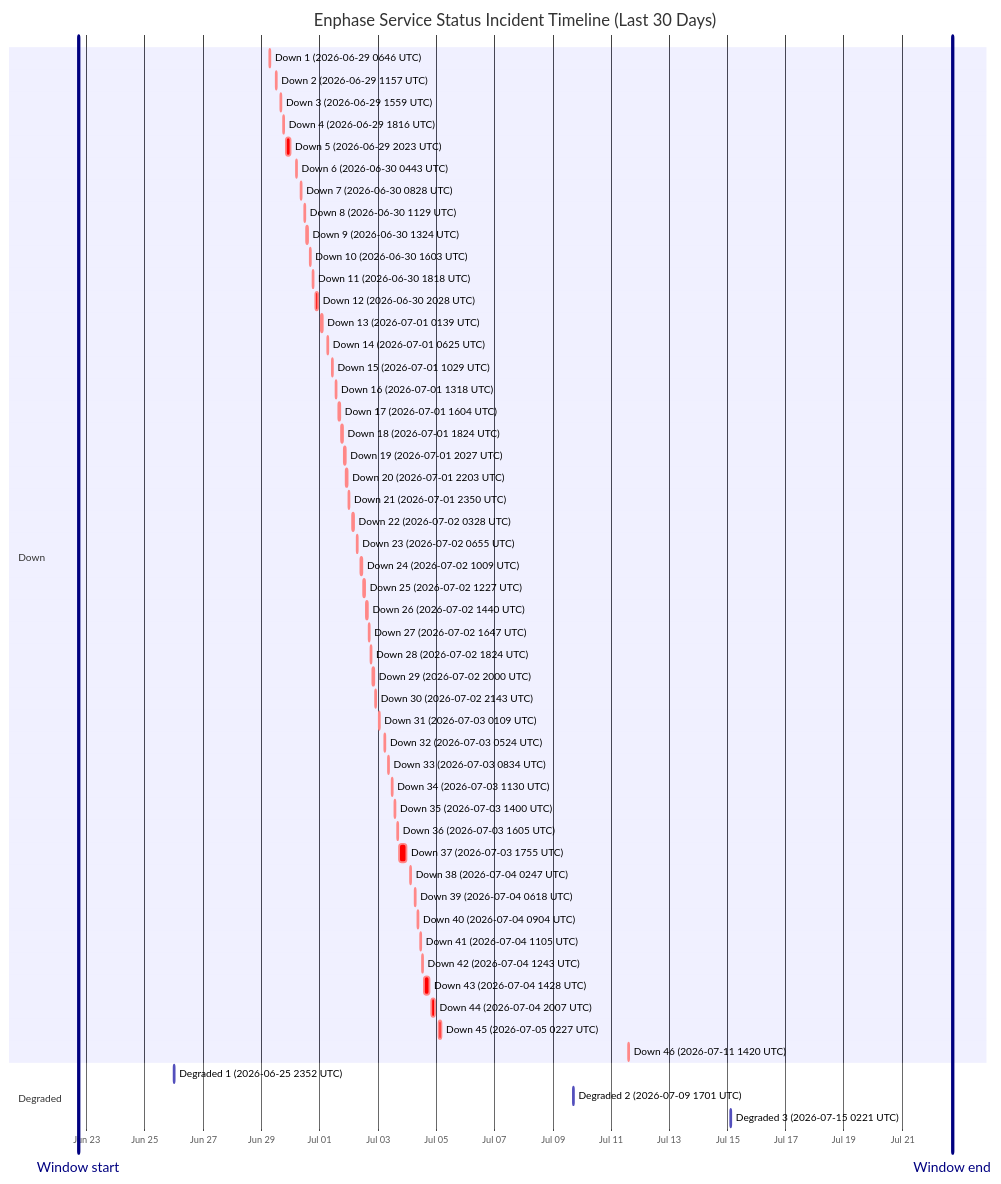
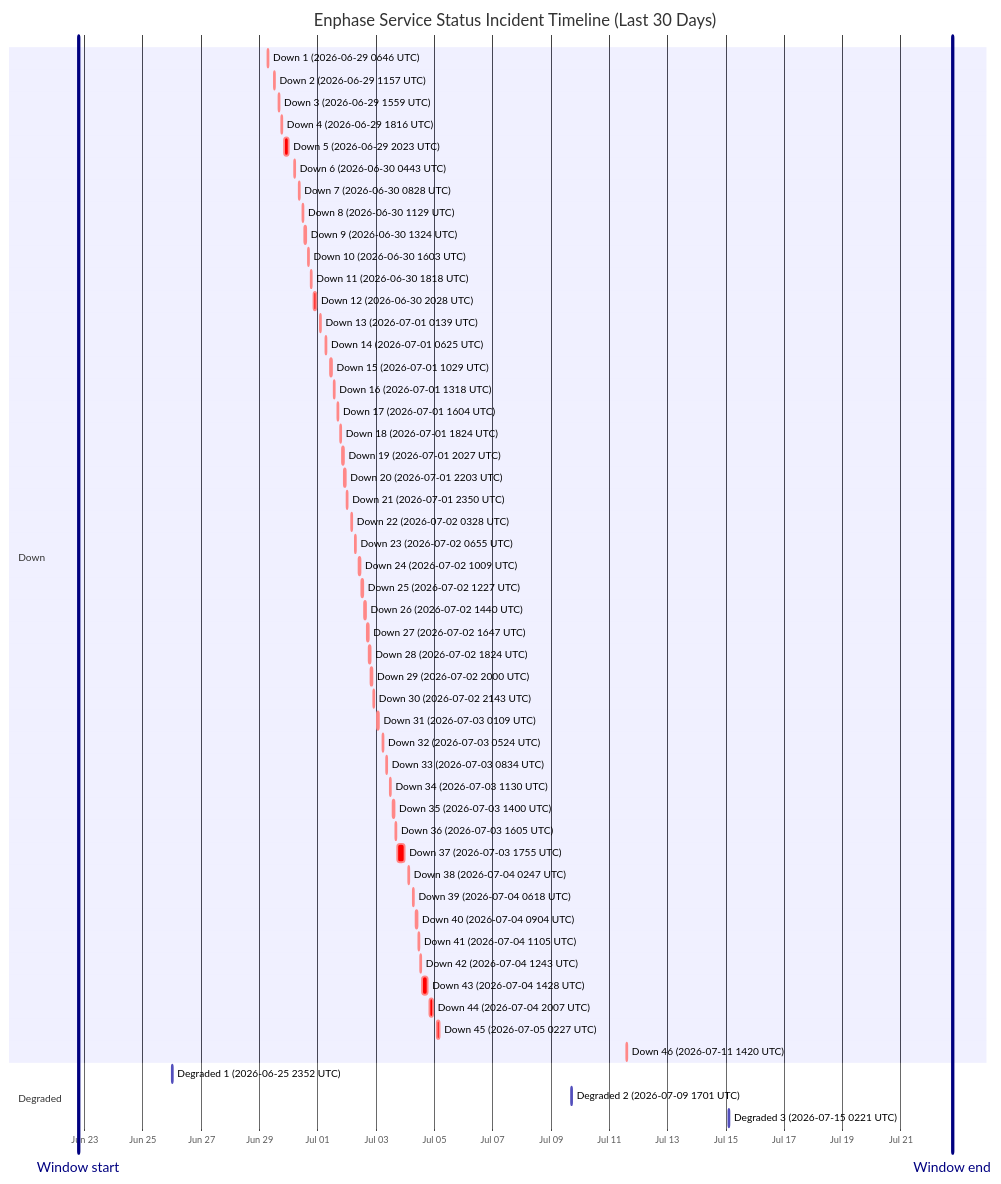
The diagram in wiki/Service-Status-History.md (barneyonline/ha-enphase-energy), drawn with Mermaid before and after one commit. The commit also changed other lines of this file and 3 other files, not shown here.

````diff
--- a/wiki/Service-Status-History.md
+++ b/wiki/Service-Status-History.md
@@ -14,59 +14,59 @@
 ```mermaid
 gantt
     title Enphase Service Status Incident Timeline (Last 30 Days)
     dateFormat  YYYY-MM-DDTHH:mm:ss
     axisFormat  %b %d
-    Window start :vert, window-start, 2026-06-22T17:16:50, 0ms
-    Window end :vert, window-end, 2026-07-22T17:16:50, 0ms
+    Window start :vert, window-start, 2026-06-22T18:40:27, 0ms
+    Window end :vert, window-end, 2026-07-22T18:40:27, 0ms
     section Down
     Down 1 (2026-06-29 0646 UTC) :crit, down-1, 2026-06-29T06:46:18, 60m
     Down 2 (2026-06-29 1157 UTC) :crit, down-2, 2026-06-29T11:57:36, 60m
     Down 3 (2026-06-29 1559 UTC) :crit, down-3, 2026-06-29T15:59:02, 60m
     Down 4 (2026-06-29 1816 UTC) :crit, down-4, 2026-06-29T18:16:38, 60m
     Down 5 (2026-06-29 2023 UTC) :crit, down-5, 2026-06-29T20:23:16, 220m
     Down 6 (2026-06-30 0443 UTC) :crit, down-6, 2026-06-30T04:43:54, 60m
     Down 7 (2026-06-30 0828 UTC) :crit, down-7, 2026-06-30T08:28:43, 60m
     Down 8 (2026-06-30 1129 UTC) :crit, down-8, 2026-06-30T11:29:15, 60m
     Down 9 (2026-06-30 1324 UTC) :crit, down-9, 2026-06-30T13:24:25, 60m
     Down 10 (2026-06-30 1603 UTC) :crit, down-10, 2026-06-30T16:03:26, 60m
     Down 11 (2026-06-30 1818 UTC) :crit, down-11, 2026-06-30T18:18:39, 60m
     Down 12 (2026-06-30 2028 UTC) :crit, down-12, 2026-06-30T20:28:54, 171m
     Down 13 (2026-07-01 0139 UTC) :crit, down-13, 2026-07-01T01:39:18, 60m
     Down 14 (2026-07-01 0625 UTC) :crit, down-14, 2026-07-01T06:25:35, 60m
     Down 15 (2026-07-01 1029 UTC) :crit, down-15, 2026-07-01T10:29:24, 60m
     Down 16 (2026-07-01 1318 UTC) :crit, down-16, 2026-07-01T13:18:31, 60m
     Down 17 (2026-07-01 1604 UTC) :crit, down-17, 2026-07-01T16:04:29, 60m
     Down 18 (2026-07-01 1824 UTC) :crit, down-18, 2026-07-01T18:24:21, 60m
     Down 19 (2026-07-01 2027 UTC) :crit, down-19, 2026-07-01T20:27:17, 60m
     Down 20 (2026-07-01 2203 UTC) :crit, down-20, 2026-07-01T22:03:46, 60m
     Down 21 (2026-07-01 2350 UTC) :crit, down-21, 2026-07-01T23:50:52, 60m
     Down 22 (2026-07-02 0328 UTC) :crit, down-22, 2026-07-02T03:28:33, 60m
     Down 23 (2026-07-02 0655 UTC) :crit, down-23, 2026-07-02T06:55:07, 60m
     Down 24 (2026-07-02 1009 UTC) :crit, down-24, 2026-07-02T10:09:15, 60m
     Down 25 (2026-07-02 1227 UTC) :crit, down-25, 2026-07-02T12:27:49, 60m
     Down 26 (2026-07-02 1440 UTC) :crit, down-26, 2026-07-02T14:40:53, 60m
     Down 27 (2026-07-02 1647 UTC) :crit, down-27, 2026-07-02T16:47:47, 60m
     Down 28 (2026-07-02 1824 UTC) :crit, down-28, 2026-07-02T18:24:26, 60m
     Down 29 (2026-07-02 2000 UTC) :crit, down-29, 2026-07-02T20:00:57, 60m
     Down 30 (2026-07-02 2143 UTC) :crit, down-30, 2026-07-02T21:43:52, 80m
     Down 31 (2026-07-03 0109 UTC) :crit, down-31, 2026-07-03T01:09:19, 60m
     Down 32 (2026-07-03 0524 UTC) :crit, down-32, 2026-07-03T05:24:23, 60m
     Down 33 (2026-07-03 0834 UTC) :crit, down-33, 2026-07-03T08:34:05, 60m
     Down 34 (2026-07-03 1130 UTC) :crit, down-34, 2026-07-03T11:30:41, 60m
     Down 35 (2026-07-03 1400 UTC) :crit, down-35, 2026-07-03T14:00:48, 60m
     Down 36 (2026-07-03 1605 UTC) :crit, down-36, 2026-07-03T16:05:49, 60m
     Down 37 (2026-07-03 1755 UTC) :crit, down-37, 2026-07-03T17:55:54, 338m
     Down 38 (2026-07-04 0247 UTC) :crit, down-38, 2026-07-04T02:47:22, 60m
     Down 39 (2026-07-04 0618 UTC) :crit, down-39, 2026-07-04T06:18:09, 60m
     Down 40 (2026-07-04 0904 UTC) :crit, down-40, 2026-07-04T09:04:41, 60m
     Down 41 (2026-07-04 1105 UTC) :crit, down-41, 2026-07-04T11:05:21, 60m
     Down 42 (2026-07-04 1243 UTC) :crit, down-42, 2026-07-04T12:43:25, 60m
     Down 43 (2026-07-04 1428 UTC) :crit, down-43, 2026-07-04T14:28:07, 243m
     Down 44 (2026-07-04 2007 UTC) :crit, down-44, 2026-07-04T20:07:50, 206m
     Down 45 (2026-07-05 0227 UTC) :crit, down-45, 2026-07-05T02:27:32, 109m
     Down 46 (2026-07-11 1420 UTC) :crit, down-46, 2026-07-11T14:20:54, 69m
     section Degraded
     Degraded 1 (2026-06-25 2352 UTC) :active, degraded-1, 2026-06-25T23:52:01, 60m
     Degraded 2 (2026-07-09 1701 UTC) :active, degraded-2, 2026-07-09T17:01:02, 60m
     Degraded 3 (2026-07-15 0221 UTC) :active, degraded-3, 2026-07-15T02:21:35, 60m
 ```
````
